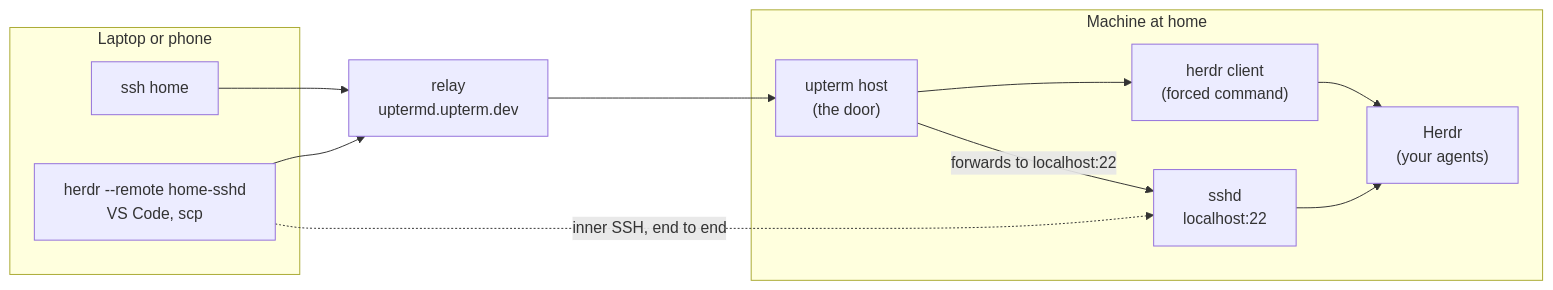
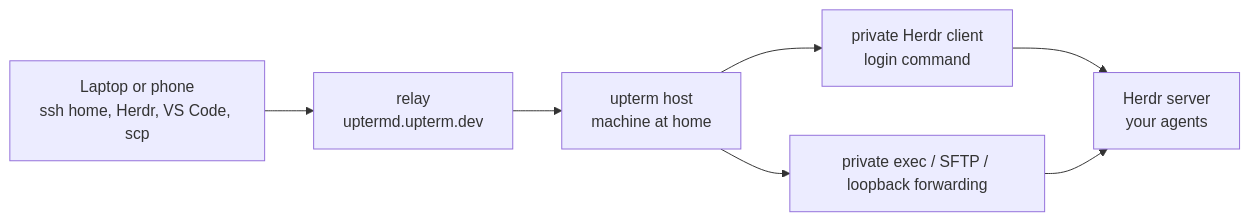
Before and after one commit to owenthereal/upterm: the diagram in guides/herdr.md, drawn with Mermaid. The commit also changed other lines of this file and 41 other files, not shown here.

First line of the commit message:
feat(host): add loopback forwarding consent and guest policy reporting (#710)

````diff
--- a/guides/herdr.md
+++ b/guides/herdr.md
@@ -21,22 +19,9 @@
 ```mermaid
 flowchart LR
-  subgraph away["Laptop or phone"]
-    door["ssh home"]
-    jump["herdr --remote home-sshd<br>VS Code, scp"]
-  end
-  relay["relay<br>uptermd.upterm.dev"]
-  subgraph home["Machine at home"]
-    upterm["upterm host<br>(the door)"]
-    client["herdr client<br>(forced command)"]
-    sshd["sshd<br>localhost:22"]
-    herdr["Herdr<br>(your agents)"]
-  end
-  door --> relay
-  jump --> relay
-  relay --> upterm
-  upterm --> client
-  client --> herdr
-  upterm -- "forwards to localhost:22" --> sshd
-  sshd --> herdr
-  jump -. "inner SSH, end to end" .-> sshd
+  away["Laptop or phone<br>ssh home, Herdr, VS Code, scp"] --> relay["relay<br>uptermd.upterm.dev"]
+  relay --> upterm["upterm host<br>machine at home"]
+  upterm --> client["private Herdr client<br>login command"]
+  upterm --> tools["private exec / SFTP / loopback forwarding"]
+  client --> herdr["Herdr server<br>your agents"]
+  tools --> herdr
 ```
````
